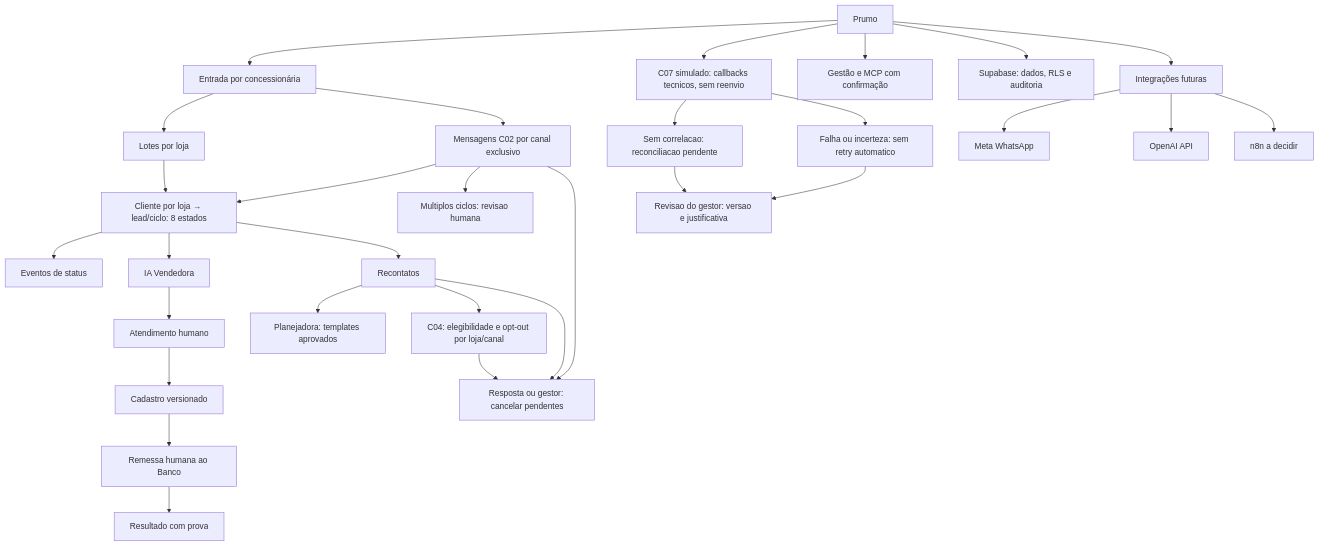
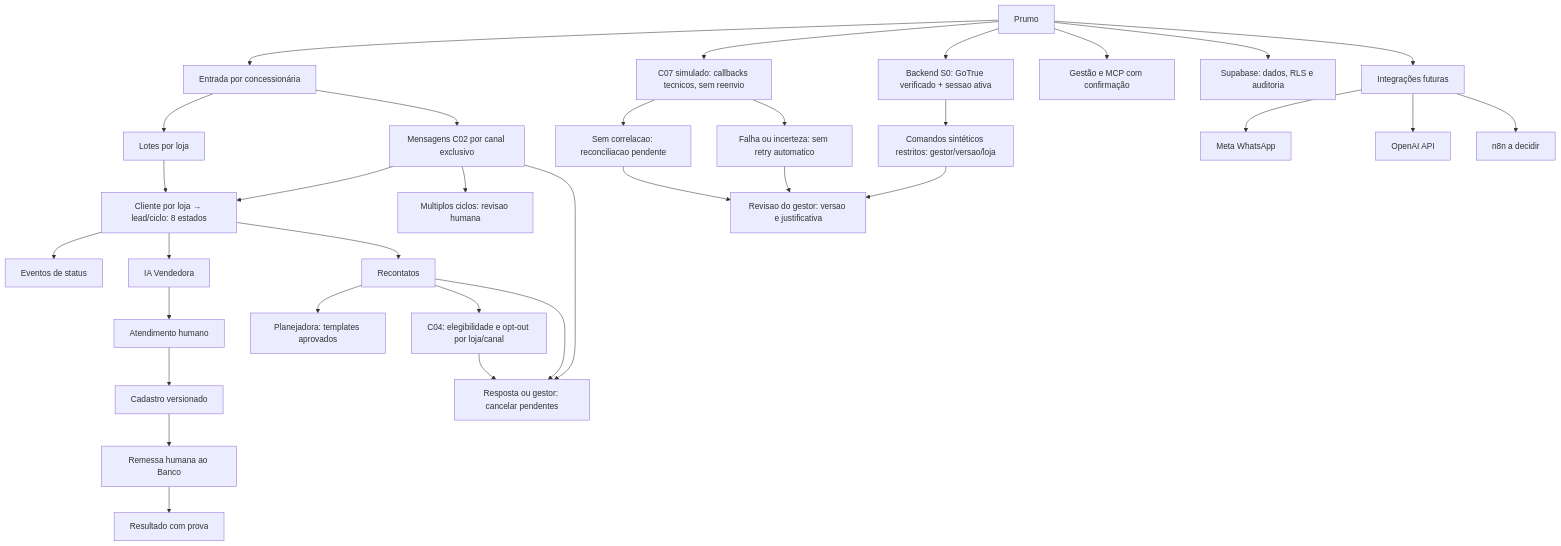
The diagram in docs/MAPA_MENTAL.md (prumogrowth/Prumo-Growth-Platform-V2), drawn with Mermaid before and after one commit.

Commit message:
docs(auth): referenciar adaptador interno e integrar mapa mental

````diff
--- a/docs/MAPA_MENTAL.md
+++ b/docs/MAPA_MENTAL.md
@@ -3,32 +3,35 @@
 ```mermaid
 flowchart TD
   P[Prumo] --> E[Entrada por concessionária]
   E --> IMP[Lotes por loja]
   E --> INB[Mensagens C02 por canal exclusivo]
   INB --> L
   INB --> PEND[Multiplos ciclos: revisao humana]
   IMP --> L[Cliente por loja → lead/ciclo: 8 estados]
   L --> EV[Eventos de status]
   L --> IA[IA Vendedora]
   IA --> H[Atendimento humano]
   H --> CAD[Cadastro versionado]
   CAD --> BAN[Remessa humana ao Banco]
   BAN --> RES[Resultado com prova]
   L --> REC[Recontatos]
   REC --> PLA[Planejadora: templates aprovados]
   REC --> ELIG[C04: elegibilidade e opt-out por loja/canal]
   ELIG --> CAN
   REC --> CAN[Resposta ou gestor: cancelar pendentes]
   INB --> CAN
   P --> C07[C07 simulado: callbacks tecnicos, sem reenvio]
   C07 --> RC[Sem correlacao: reconciliacao pendente]
   C07 --> RISK[Falha ou incerteza: sem retry automatico]
   RC --> GEST[Revisao do gestor: versao e justificativa]
   RISK --> GEST
+  P --> AUTH[Backend S0: GoTrue verificado + sessao ativa]
+  AUTH --> OP[Comandos sintéticos restritos: gestor/versao/loja]
+  OP --> GEST
   P --> ADM[Gestão e MCP com confirmação]
   P --> DB[Supabase: dados, RLS e auditoria]
   P --> INT[Integrações futuras]
   INT --> WA[Meta WhatsApp]
   INT --> OAI[OpenAI API]
   INT --> N[n8n a decidir]
 ```
````
